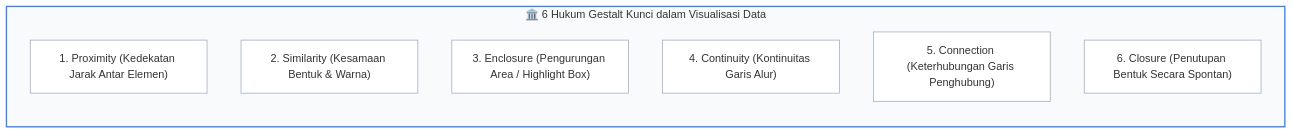
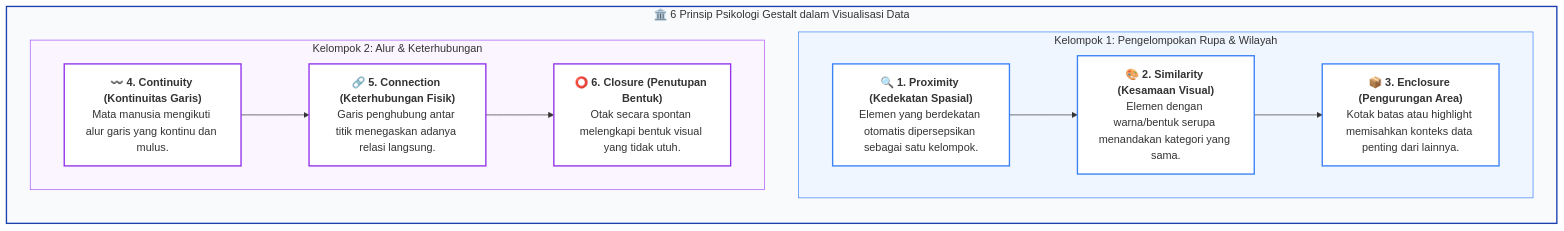
One commit to mahendaruui/Perkuliahan changed the diagram in docs/visualisasi-data/02-persepsi-visual-gestalt.md. Above: the diagram before and after it, drawn with Mermaid. The commit also changed 3 other files, not shown here.

Commit message:
feat: enhance and standardize documentation Mermaid diagrams across visual data modules

````diff
--- a/docs/visualisasi-data/02-persepsi-visual-gestalt.md
+++ b/docs/visualisasi-data/02-persepsi-visual-gestalt.md
@@ -39,20 +39,29 @@
 ```mermaid
 flowchart TD
-    subgraph G["🏛️ 6 Hukum Gestalt Kunci dalam Visualisasi Data"]
+    subgraph G["🏛️ 6 Prinsip Psikologi Gestalt dalam Visualisasi Data"]
         direction TB
-        G1["1. Proximity (Kedekatan Jarak Antar Elemen)"]
-        G2["2. Similarity (Kesamaan Bentuk & Warna)"]
-        G3["3. Enclosure (Pengurungan Area / Highlight Box)"]
-        G4["4. Continuity (Kontinuitas Garis Alur)"]
-        G5["5. Connection (Keterhubungan Garis Penghubung)"]
-        G6["6. Closure (Penutupan Bentuk Secara Spontan)"]
+        subgraph ColA["Kelompok 1: Pengelompokan Rupa & Wilayah"]
+            G1["🔍 <b>1. Proximity (Kedekatan Spasial)</b><br>Elemen yang berdekatan otomatis dipersepsikan sebagai satu kelompok."]
+            G2["🎨 <b>2. Similarity (Kesamaan Visual)</b><br>Elemen dengan warna/bentuk serupa menandakan kategori yang sama."]
+            G3["📦 <b>3. Enclosure (Pengurungan Area)</b><br>Kotak batas atau highlight memisahkan konteks data penting dari lainnya."]
+        end
+        subgraph ColB["Kelompok 2: Alur & Keterhubungan"]
+            G4["〰️ <b>4. Continuity (Kontinuitas Garis)</b><br>Mata manusia mengikuti alur garis yang kontinu dan mulus."]
+            G5["🔗 <b>5. Connection (Keterhubungan Fisik)</b><br>Garis penghubung antar titik menegaskan adanya relasi langsung."]
+            G6["⭕ <b>6. Closure (Penutupan Bentuk)</b><br>Otak secara spontan melengkapi bentuk visual yang tidak utuh."]
+        end
     end
 
-    style G fill:#f8fafc,stroke:#3b82f6,stroke-width:2px
-    style G1 fill:#ffffff,stroke:#94a3b8
-    style G2 fill:#ffffff,stroke:#94a3b8
-    style G3 fill:#ffffff,stroke:#94a3b8
-    style G4 fill:#ffffff,stroke:#94a3b8
-    style G5 fill:#ffffff,stroke:#94a3b8
-    style G6 fill:#ffffff,stroke:#94a3b8
+    G1 --> G2 --> G3
+    G4 --> G5 --> G6
+
+    style G fill:#f8fafc,stroke:#1e40af,stroke-width:2px
+    style ColA fill:#eff6ff,stroke:#3b82f6,stroke-width:1px
+    style ColB fill:#faf5ff,stroke:#a855f7,stroke-width:1px
+    style G1 fill:#ffffff,stroke:#3b82f6,stroke-width:2px
+    style G2 fill:#ffffff,stroke:#3b82f6,stroke-width:2px
+    style G3 fill:#ffffff,stroke:#3b82f6,stroke-width:2px
+    style G4 fill:#ffffff,stroke:#9333ea,stroke-width:2px
+    style G5 fill:#ffffff,stroke:#9333ea,stroke-width:2px
+    style G6 fill:#ffffff,stroke:#9333ea,stroke-width:2px
 ```
````
